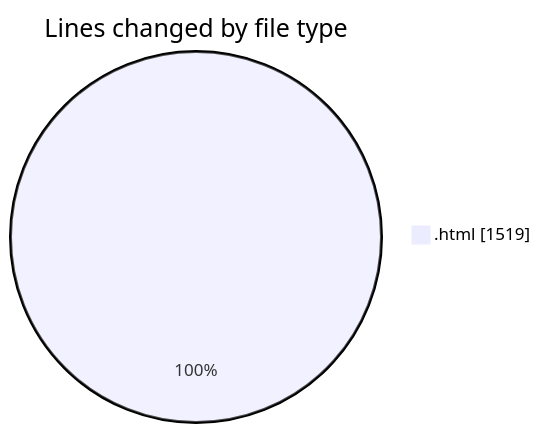
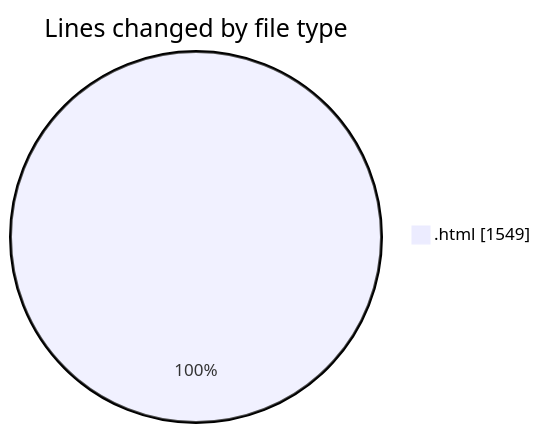
The first of 2 diagrams in 2025-05-21/filetransfer/README.md (Ritupan-Deka/code-tracking), drawn with Mermaid before and after one commit. The commit also changed other lines of this file and 1 other file, not shown here.

````diff
--- a/2025-05-21/filetransfer/README.md
+++ b/2025-05-21/filetransfer/README.md
@@ -22,5 +22,5 @@
 ```mermaid
 pie showData
 title Lines changed by file type
-".html" : 1519
+".html" : 1549
 ```
````
